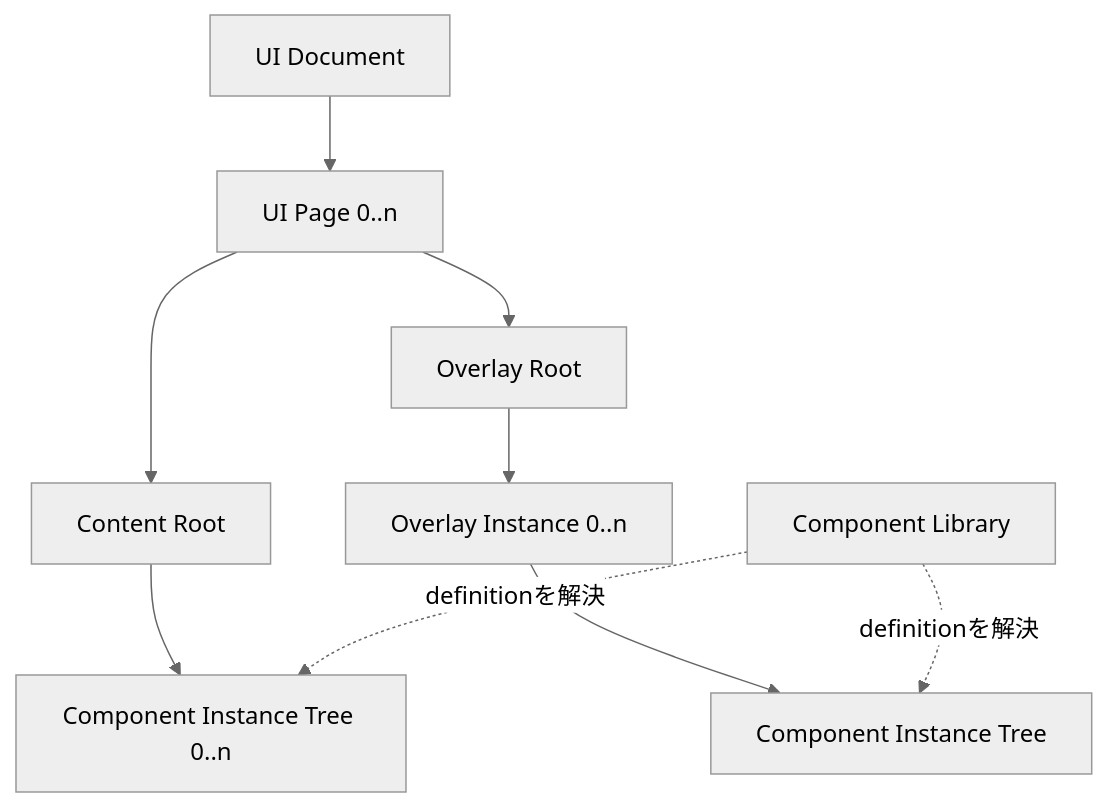
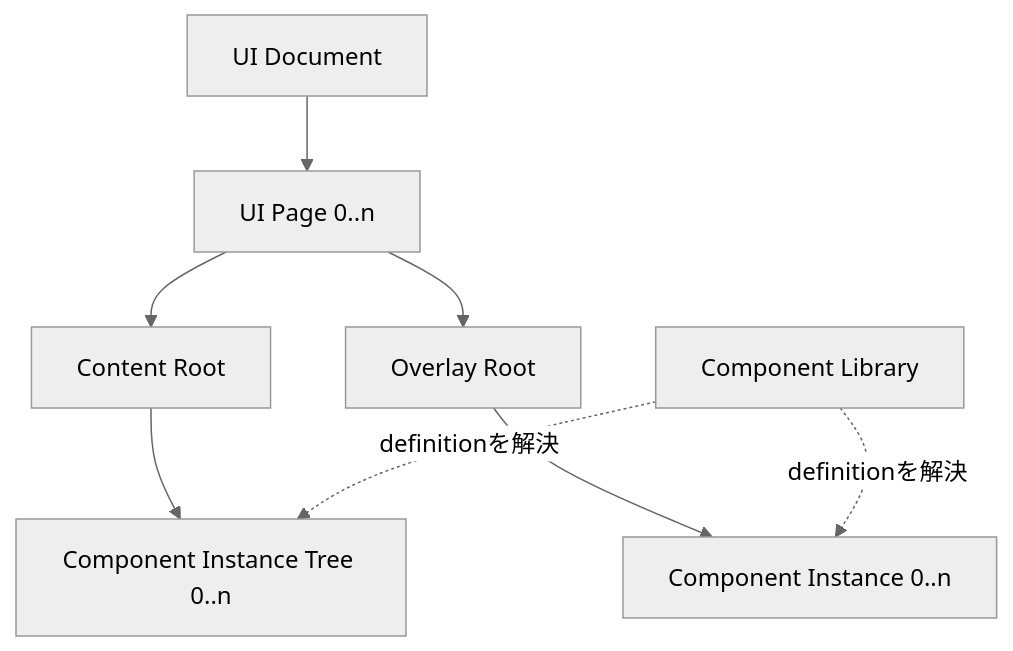
The first of 3 diagrams in docs/architecture/05-ui-and-responsive-model.md (northwest-hcu/FlagShip), drawn with Mermaid (neutral theme) before and after one commit. The commit also changed other lines of this file and 46 other files, not shown here.

````diff
--- a/docs/architecture/05-ui-and-responsive-model.md
+++ b/docs/architecture/05-ui-and-responsive-model.md
@@ -13,11 +13,10 @@
 ```mermaid
 flowchart TD
     Document["UI Document"] --> Page["UI Page 0..n"]
     Page --> ContentRoot["Content Root"]
     Page --> OverlayRoot["Overlay Root"]
     ContentRoot --> ContentInstance["Component Instance Tree 0..n"]
-    OverlayRoot --> OverlayInstance["Overlay Instance 0..n"]
-    OverlayInstance --> WrappedComponent["Component Instance Tree"]
+    OverlayRoot --> OverlayComponent["Component Instance 0..n"]
     Library["Component Library"] -. "definitionを解決" .-> ContentInstance
-    Library -. "definitionを解決" .-> WrappedComponent
+    Library -. "definitionを解決" .-> OverlayComponent
 ```
````
